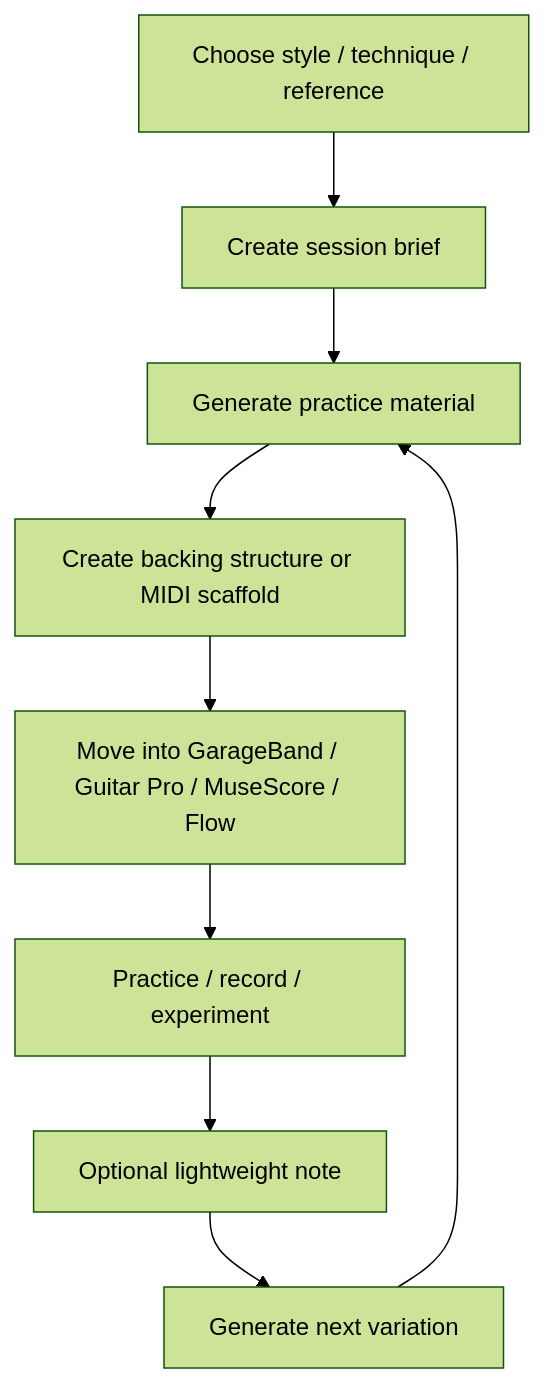
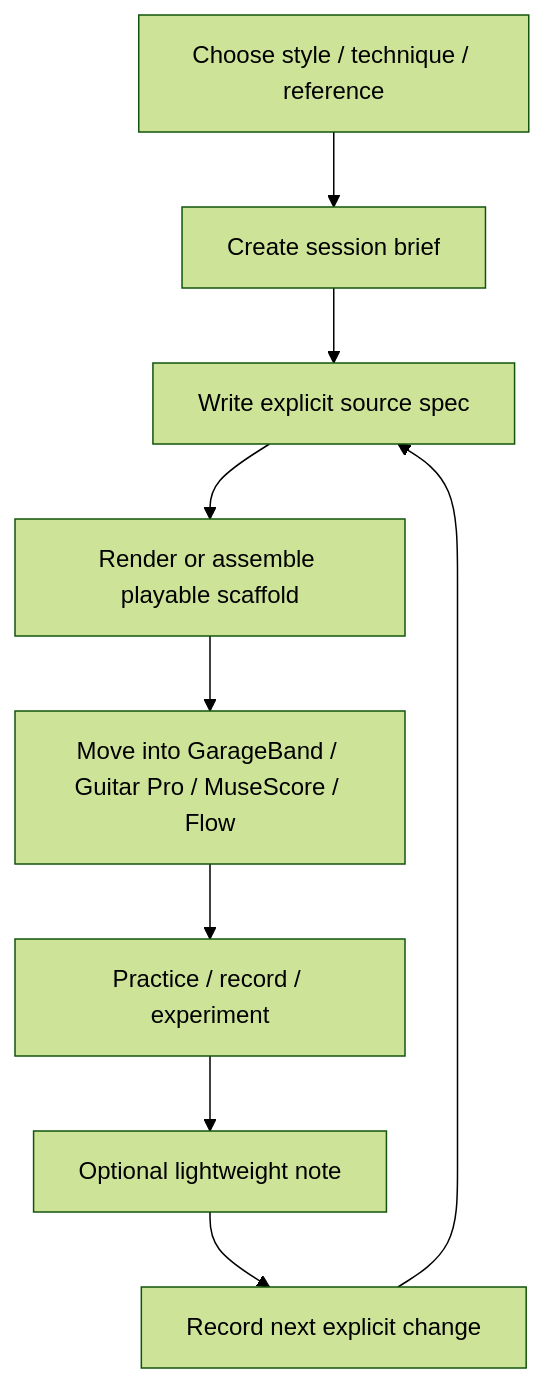
The diagram in docs/practice-material-workflow.md (ryjen/guitar-practice-system), drawn with Mermaid (forest theme) before and after one commit. The commit also changed other lines of this file, not shown here.

Commit message:
Remove prompt-driven material workflow

````diff
--- a/docs/practice-material-workflow.md
+++ b/docs/practice-material-workflow.md
@@ -17,11 +17,11 @@
 ```mermaid
 flowchart TD
     A[Choose style / technique / reference] --> B[Create session brief]
-    B --> C[Generate practice material]
-    C --> D[Create backing structure or MIDI scaffold]
+    B --> C[Write explicit source spec]
+    C --> D[Render or assemble playable scaffold]
     D --> E[Move into GarageBand / Guitar Pro / MuseScore / Flow]
     E --> F[Practice / record / experiment]
     F --> G[Optional lightweight note]
-    G --> H[Generate next variation]
+    G --> H[Record next explicit change]
     H --> C
 ```
````
